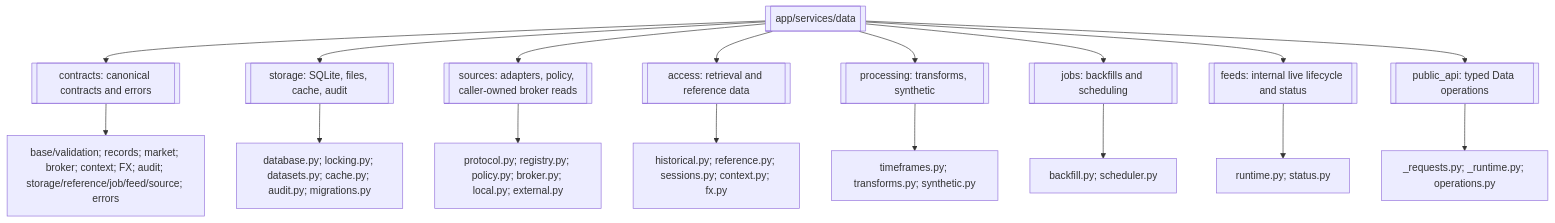
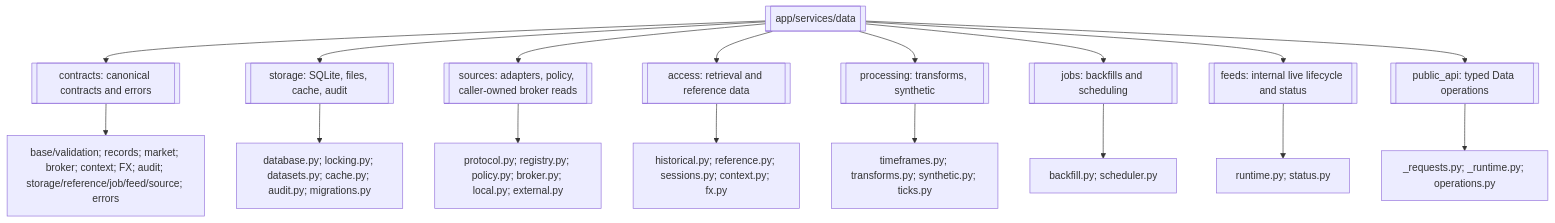
The first of 3 diagrams in app/services/data/README.md (haruperi/HaruQuantAI), drawn with Mermaid before and after one commit. The commit also changed other lines of this file and 132 other files, not shown here.

````diff
--- a/app/services/data/README.md
+++ b/app/services/data/README.md
@@ -157,21 +157,21 @@
 ```mermaid
 flowchart TD
     DATA[[app/services/data]]
     DATA --> CONTRACTS[[contracts: canonical contracts and errors]]
     DATA --> STORAGE[[storage: SQLite, files, cache, audit]]
     DATA --> SOURCES[[sources: adapters, policy, caller-owned broker reads]]
     DATA --> ACCESS[[access: retrieval and reference data]]
     DATA --> PROCESSING[[processing: transforms, synthetic]]
     DATA --> JOBS[[jobs: backfills and scheduling]]
     DATA --> FEEDS[[feeds: internal live lifecycle and status]]
     DATA --> API[[public_api: typed Data operations]]
 
     CONTRACTS --> CFILES[base/validation; records; market; broker; context; FX; audit; storage/reference/job/feed/source; errors]
     STORAGE --> STFILES[database.py; locking.py; datasets.py; cache.py; audit.py; migrations.py]
     SOURCES --> SOFILES[protocol.py; registry.py; policy.py; broker.py; local.py; external.py]
     ACCESS --> AFILES[historical.py; reference.py; sessions.py; context.py; fx.py]
-    PROCESSING --> PFILES[timeframes.py; transforms.py; synthetic.py]
+    PROCESSING --> PFILES[timeframes.py; transforms.py; synthetic.py; ticks.py]
     JOBS --> JFILES[backfill.py; scheduler.py]
     FEEDS --> FFILES[runtime.py; status.py]
     API --> APIFILES[_requests.py; _runtime.py; operations.py]
 ```
````
